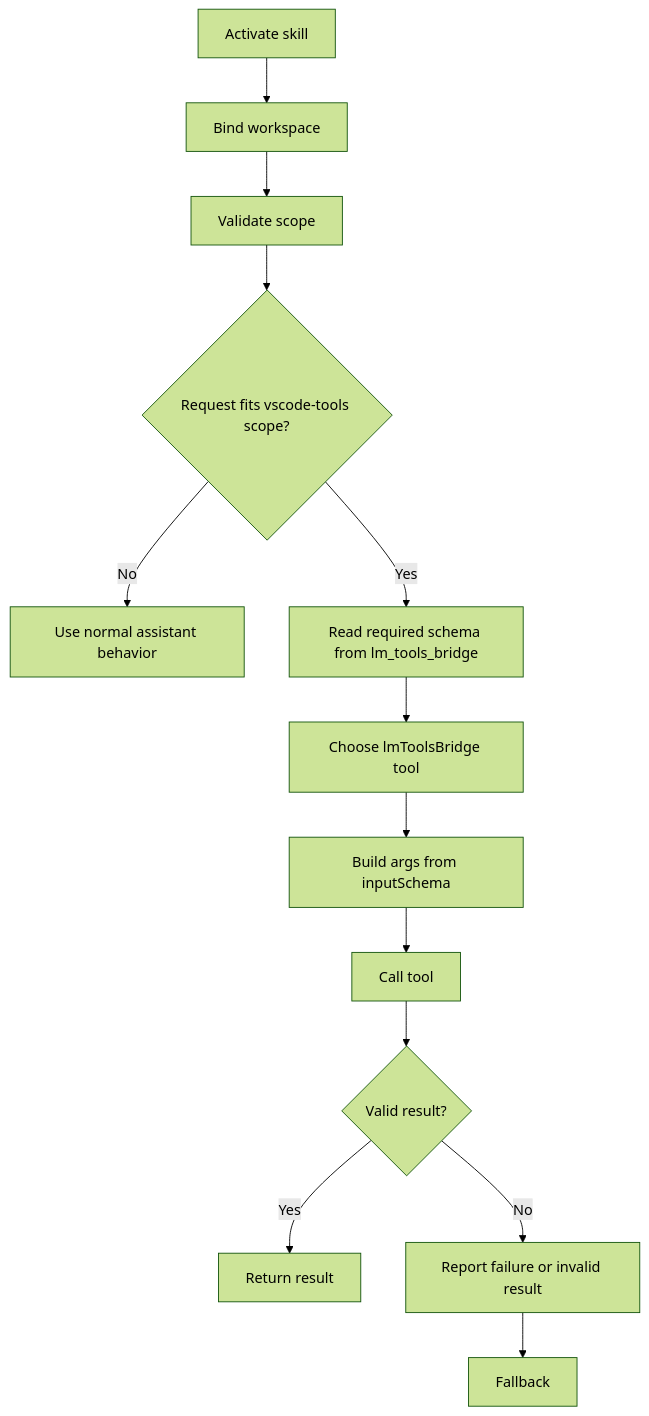
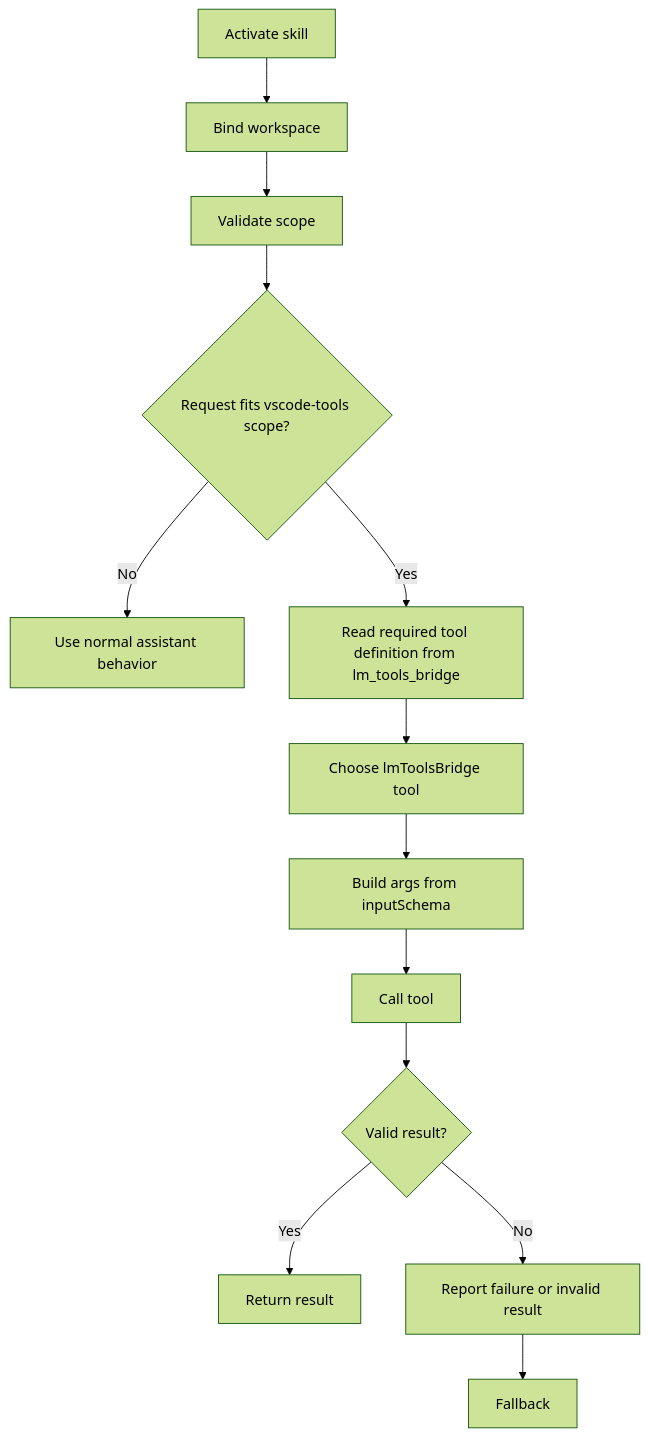
One commit to jiangxiaoxu/lm-tools-bridge changed the diagram in skills/vscode-tools/SKILL.md. Above: the diagram before and after it, drawn with Mermaid (forest theme). The commit also changed other lines of this file and 10 other files, not shown here.

Commit message:
chore: remove schema resource and bump version to 1.0.140

````diff
--- a/skills/vscode-tools/SKILL.md
+++ b/skills/vscode-tools/SKILL.md
@@ -21,15 +21,15 @@
 ```mermaid
 flowchart TD
     A[Activate skill] --> B[Bind workspace]
     B --> C[Validate scope]
     C --> D{Request fits vscode-tools scope?}
     D -- No --> E[Use normal assistant behavior]
-    D -- Yes --> F[Read required schema from lm_tools_bridge]
+    D -- Yes --> F[Read required tool definition from lm_tools_bridge]
     F --> G[Choose lmToolsBridge tool]
     G --> H[Build args from inputSchema]
     H --> I[Call tool]
     I --> J{Valid result?}
     J -- Yes --> K[Return result]
     J -- No --> L[Report failure or invalid result]
     L --> M[Fallback]
 ```
````
